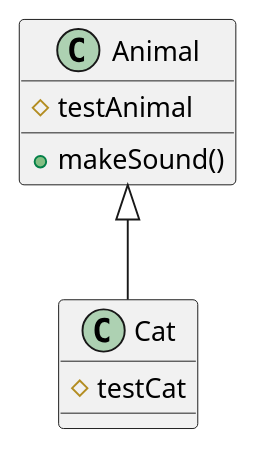
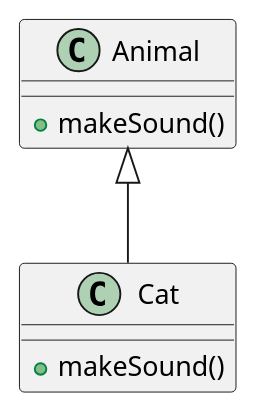
One commit to sara-cameron-richard/block3-adv-web changed the first of 8 diagrams in exercises/inheritance.puml. Above: the diagram before and after it, drawn with PlantUML. The commit also changed other lines of this file and 1 other file, not shown here.

```diff
--- a/exercises/inheritance.puml
+++ b/exercises/inheritance.puml
@@ -1,12 +1,12 @@
 @startuml
 
+
 class Animal {
-    #testAnimal
     +makeSound()
 }
 
 class Cat extends Animal {
-    #testCat
+    +makeSound()
 }
 
 @enduml
```
